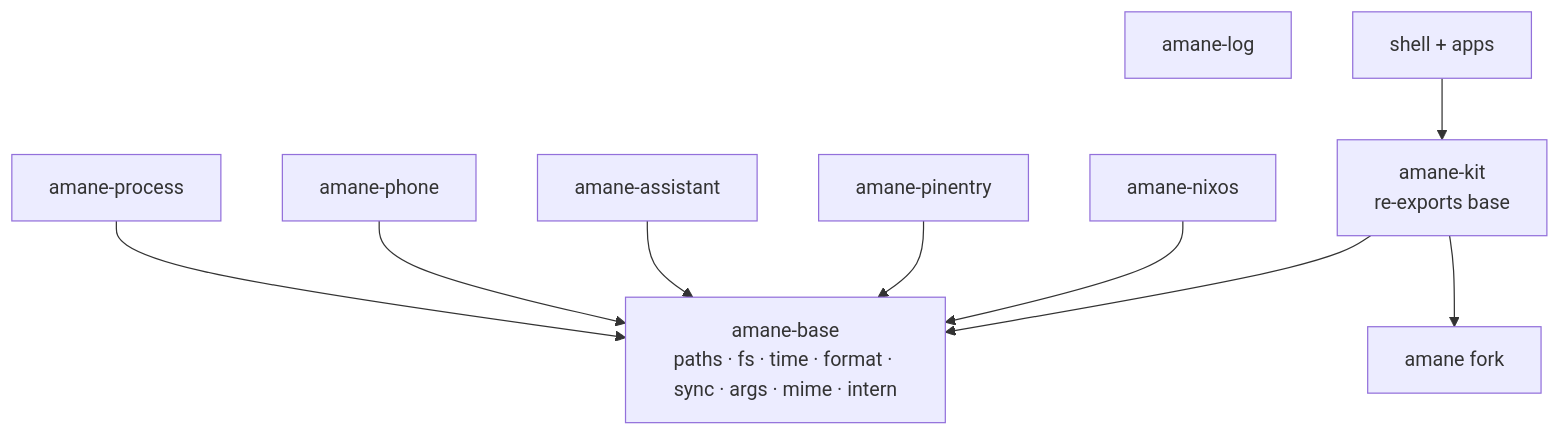
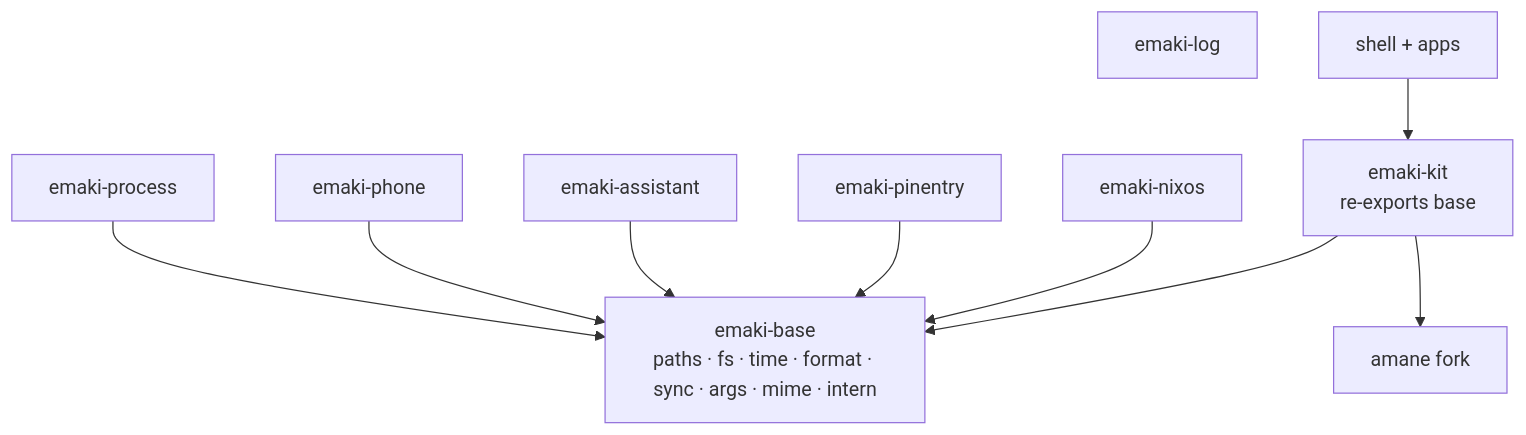
The diagram in docs/developer/polish-plan.md (098765434/amane-shell), drawn with Mermaid before and after one commit. The commit also changed other lines of this file and 389 other files, not shown here.

Commit message:
amane-shell is emaki: packages, binaries, ids, env vars, sockets, D-Bus names, layer namespaces (mechanical)

````diff
--- a/docs/developer/polish-plan.md
+++ b/docs/developer/polish-plan.md
@@ -29,13 +29,13 @@
 ```mermaid
 graph TD
-  base[amane-base<br/>paths · fs · time · format · sync · args · mime · intern]
-  process[amane-process] --> base
-  log[amane-log]
-  phone[amane-phone] --> base
-  assistant[amane-assistant] --> base
-  pinentry[amane-pinentry] --> base
-  nixos[amane-nixos] --> base
-  kit[amane-kit<br/>re-exports base] --> base
+  base[emaki-base<br/>paths · fs · time · format · sync · args · mime · intern]
+  process[emaki-process] --> base
+  log[emaki-log]
+  phone[emaki-phone] --> base
+  assistant[emaki-assistant] --> base
+  pinentry[emaki-pinentry] --> base
+  nixos[emaki-nixos] --> base
+  kit[emaki-kit<br/>re-exports base] --> base
   kit --> amane[amane fork]
   apps[shell + apps] --> kit
 ```
````
